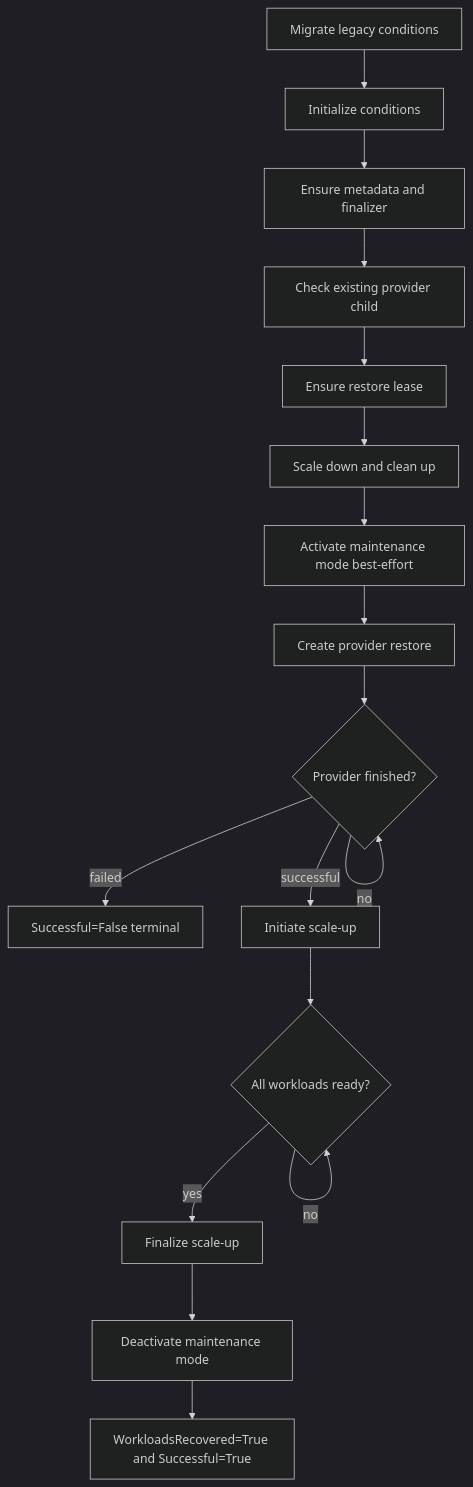
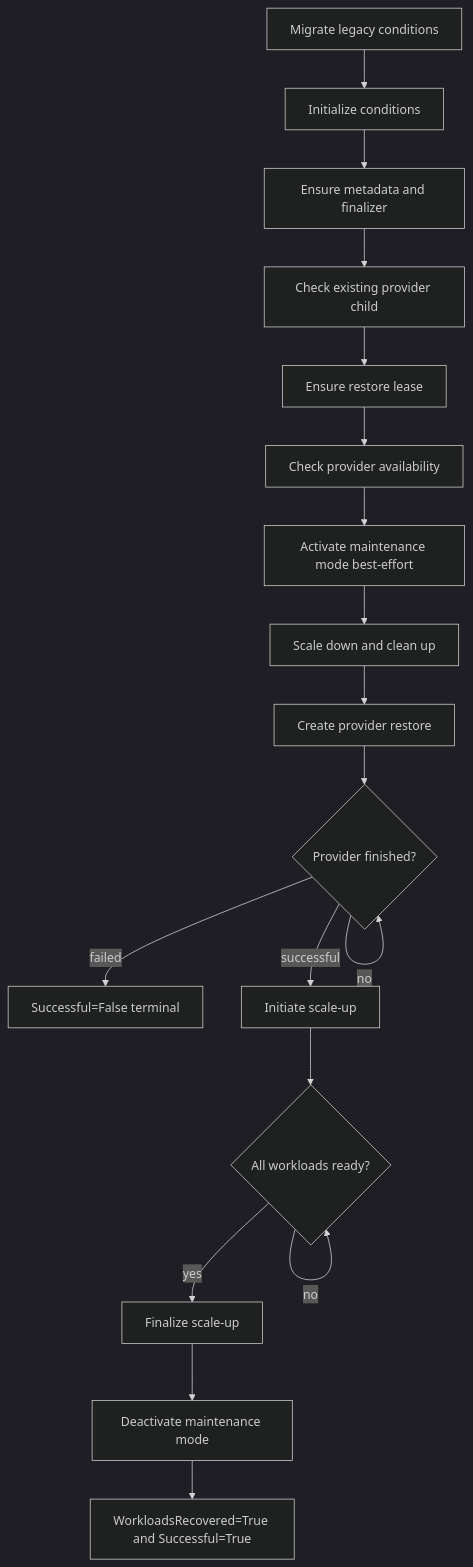
One commit to cloudogu/k8s-backup-operator changed the second of 3 diagrams in docs/development/restore/restore_process_en.md. Above: the diagram before and after it, drawn with Mermaid (dark theme). The commit also changed other lines of this file and 1 other file, not shown here.

Commit message:
[129] add ensureProviderReady to devdoc

````diff
--- a/docs/development/restore/restore_process_en.md
+++ b/docs/development/restore/restore_process_en.md
@@ -43,19 +43,20 @@
 ```mermaid
 flowchart TD
     A[Migrate legacy conditions] --> B[Initialize conditions]
     B --> C[Ensure metadata and finalizer]
     C --> D[Check existing provider child]
     D --> E[Ensure restore lease]
-    E --> F[Scale down and clean up]
-    F --> FM[Activate maintenance mode best-effort]
-    FM --> G[Create provider restore]
+    E --> P[Check provider availability]
+    P --> FM[Activate maintenance mode best-effort]
+    FM --> F[Scale down and clean up]
+    F --> G[Create provider restore]
     G --> H{Provider finished?}
     H -- no --> H
     H -- failed --> X[Successful=False terminal]
     H -- successful --> J[Initiate scale-up]
     J --> K{All workloads ready?}
     K -- no --> K
     K -- yes --> L[Finalize scale-up]
     L --> M[Deactivate maintenance mode]
     M --> N[WorkloadsRecovered=True and Successful=True]
 ```
````
